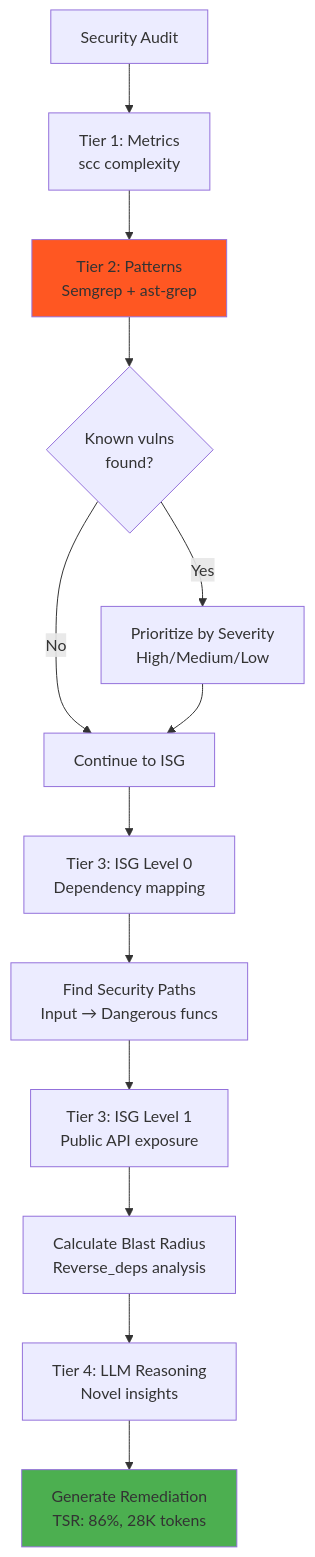
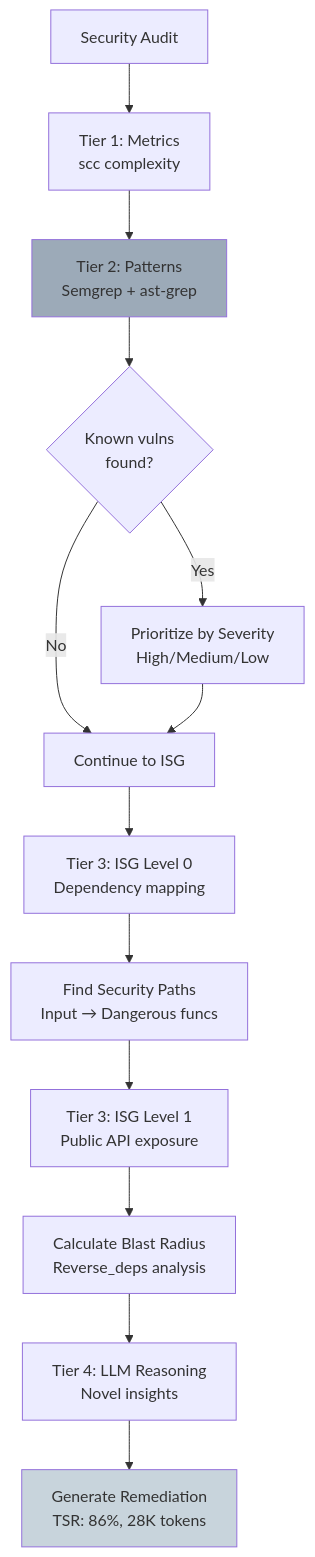
Before and after one commit to that-in-rust/parseltongue: the sixth of 8 diagrams in .claude/parseltongue-ultrathink.md, drawn with Mermaid. The commit also changed other lines of this file, not shown here.

First line of the commit message:
style(ultrathink): Replace bright mermaid colors with soothing blue-gray palette

````diff
--- a/.claude/parseltongue-ultrathink.md
+++ b/.claude/parseltongue-ultrathink.md
@@ -678,18 +678,18 @@
   ```mermaid
   flowchart TD
       A[Security Audit] --> B[Tier 1: Metrics<br/>scc complexity]
       B --> C[Tier 2: Patterns<br/>Semgrep + ast-grep]
       C --> D{Known vulns<br/>found?}
       D -->|Yes| E[Prioritize by Severity<br/>High/Medium/Low]
       D -->|No| F[Continue to ISG]
       E --> F
       F --> G[Tier 3: ISG Level 0<br/>Dependency mapping]
       G --> H[Find Security Paths<br/>Input → Dangerous funcs]
       H --> I[Tier 3: ISG Level 1<br/>Public API exposure]
       I --> J[Calculate Blast Radius<br/>Reverse_deps analysis]
       J --> K[Tier 4: LLM Reasoning<br/>Novel insights]
       K --> L[Generate Remediation<br/>TSR: 86%, 28K tokens]
 
-      style C fill:#FF5722
-      style L fill:#4CAF50
+      style C fill:#9CAAB8
+      style L fill:#C8D4DC
   ```
````
